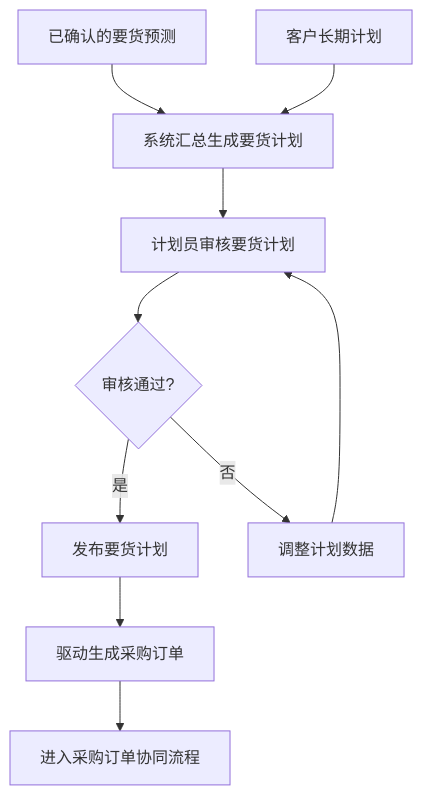
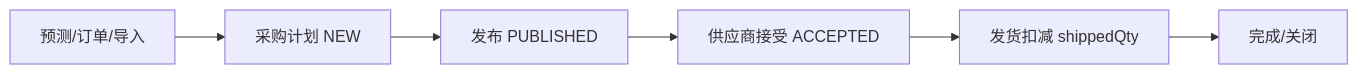
One commit to jiargcn/MomProductDocument changed the diagram in docs/10-SCP-供应链平台/04-要货计划/index.md. Above: the diagram before and after it, drawn with Mermaid. The commit also changed other lines of this file and 27 other files, not shown here.

````diff
--- a/docs/10-SCP-供应链平台/04-要货计划/index.md
+++ b/docs/10-SCP-供应链平台/04-要货计划/index.md
@@ -46,12 +31,8 @@
 ```mermaid
-flowchart TD
-    A["已确认的要货预测"] --> B["系统汇总生成要货计划"]
-    C["客户长期计划"] --> B
-    B --> D["计划员审核要货计划"]
-    D --> E{"审核通过?"}
-    E -->|是| F["发布要货计划"]
-    E -->|否| G["调整计划数据"]
-    G --> D
-    F --> H["驱动生成采购订单"]
-    H --> I["进入采购订单协同流程"]
+flowchart LR
+    A["预测/订单/导入"] --> B["采购计划 NEW"]
+    B --> C["发布 PUBLISHED"]
+    C --> D["供应商接受 ACCEPTED"]
+    D --> E["发货扣减 shippedQty"]
+    E --> F["完成/关闭"]
 ```
````
